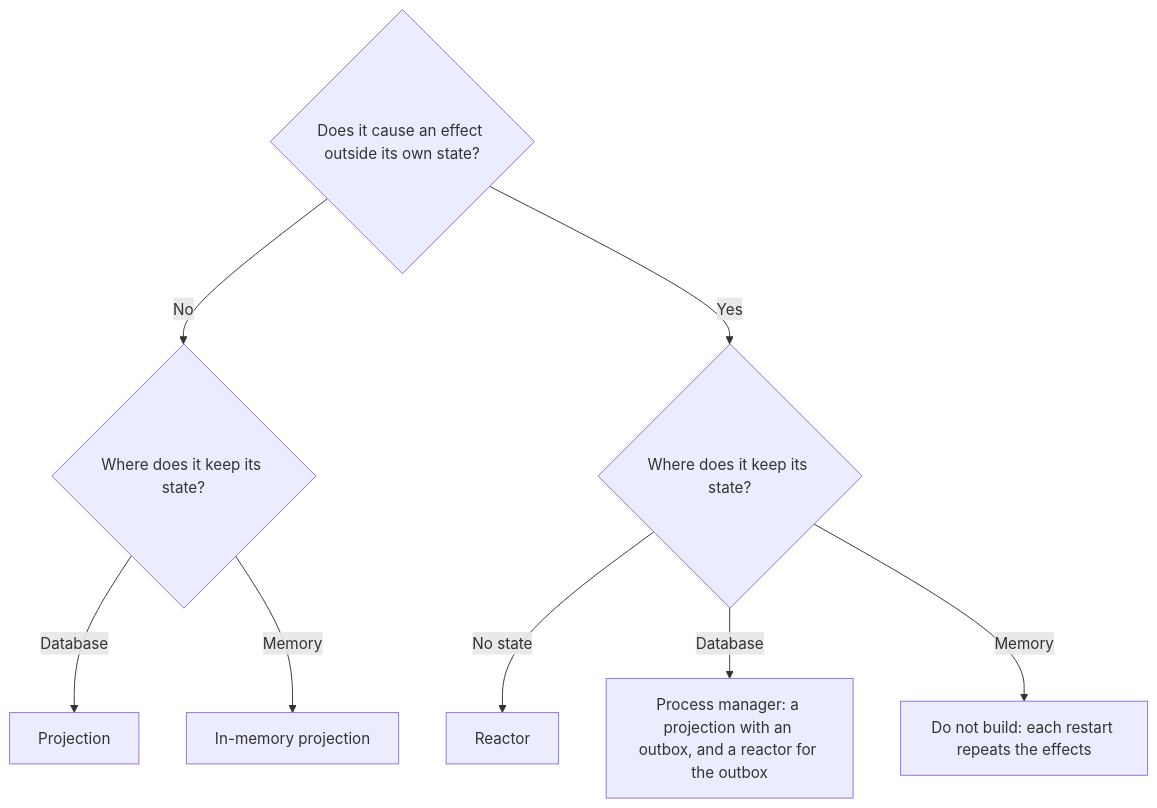
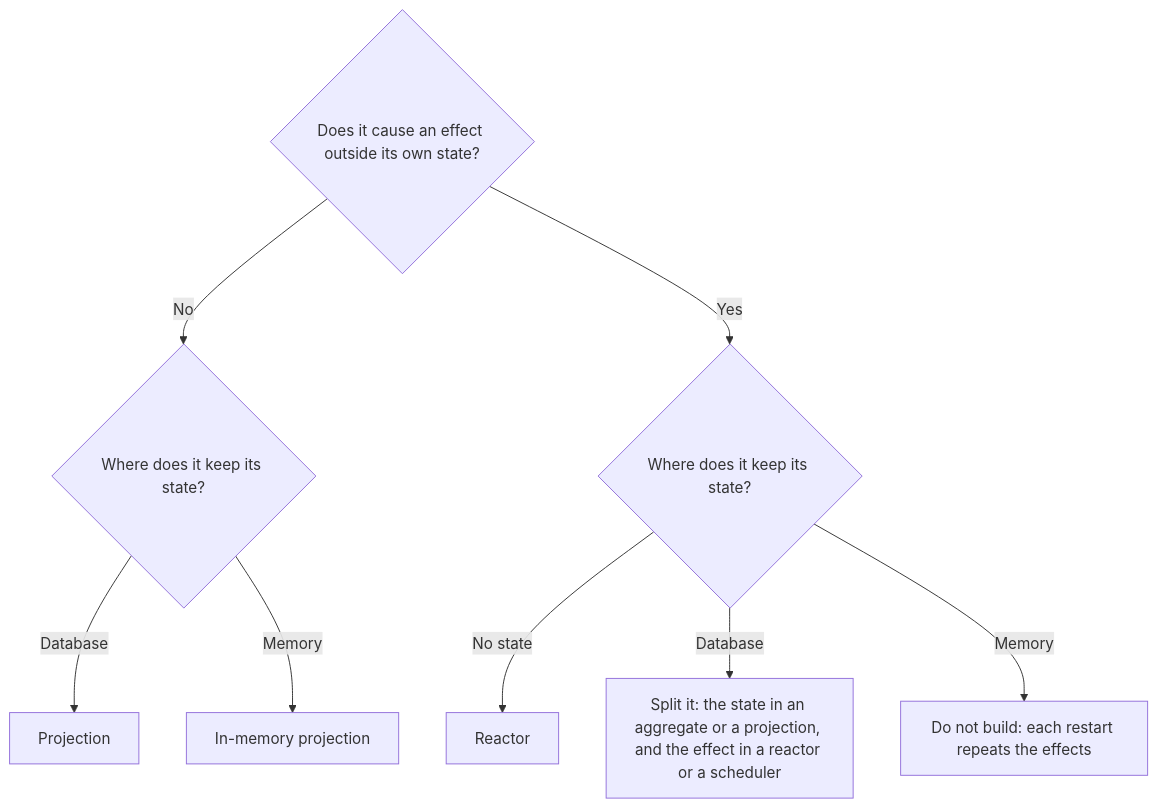
One commit to hpcsc/repo-templates changed the third of 3 diagrams in templates/go-event-sourcing-service/{{ .ProjectKebab }}/docs/event-subscription.md. Above: the diagram before and after it, drawn with Mermaid. The commit also changed other lines of this file and 188 other files, not shown here.

````diff
--- a/templates/go-event-sourcing-service/{{ .ProjectKebab }}/docs/event-subscription.md
+++ b/templates/go-event-sourcing-service/{{ .ProjectKebab }}/docs/event-subscription.md
@@ -188,19 +188,19 @@
 ```mermaid
 flowchart TD
     Q1{"Does it cause an effect outside its own state?"}
     Q2{"Where does it keep its state?"}
     Q3{"Where does it keep its state?"}
     PROJ["Projection"]
     MEM["In-memory projection"]
     REACT["Reactor"]
-    PM["Process manager: a projection with an outbox, and a reactor for the outbox"]
+    SPLIT["Split it: the state in an aggregate or a projection, and the effect in a reactor or a scheduler"]
     AVOID["Do not build: each restart repeats the effects"]
 
     Q1 -- "No" --> Q2
     Q2 -- "Database" --> PROJ
     Q2 -- "Memory" --> MEM
     Q1 -- "Yes" --> Q3
     Q3 -- "No state" --> REACT
-    Q3 -- "Database" --> PM
+    Q3 -- "Database" --> SPLIT
     Q3 -- "Memory" --> AVOID
 ```
````
